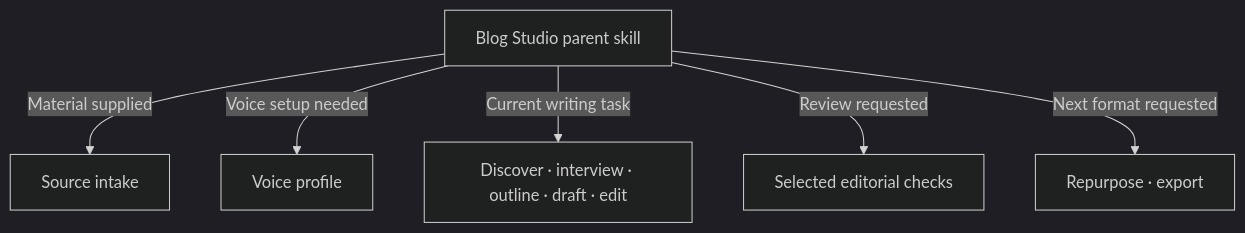
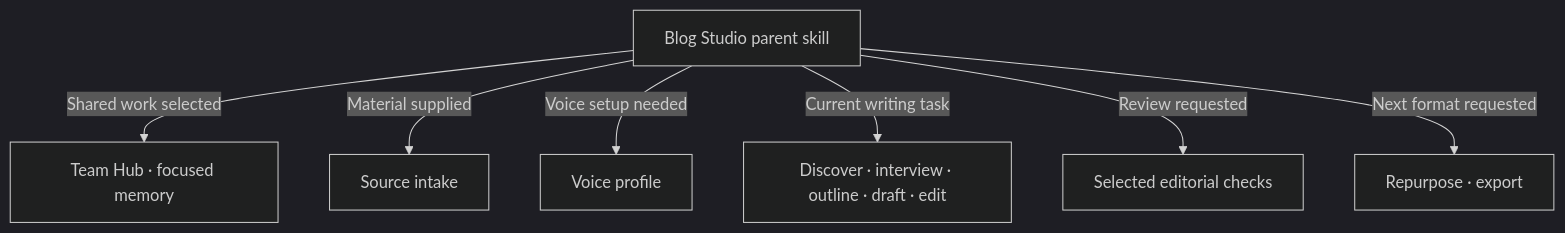
Before and after one commit to dbbaskette/blog-studio: the diagram in README.md, drawn with Mermaid (dark theme). The commit also changed other lines of this file and 41 other files, not shown here.

Commit message:
Add Git-backed Team Hub for shared blog working memory

````diff
--- a/README.md
+++ b/README.md
@@ -38,9 +38,10 @@
 ```mermaid
 flowchart TD
     P[Blog Studio parent skill]
+    P -->|Shared work selected| H[Team Hub · focused memory]
     P -->|Material supplied| S[Source intake]
     P -->|Voice setup needed| V[Voice profile]
     P -->|Current writing task| W[Discover · interview · outline · draft · edit]
     P -->|Review requested| R[Selected editorial checks]
     P -->|Next format requested| F[Repurpose · export]
 ```
````
